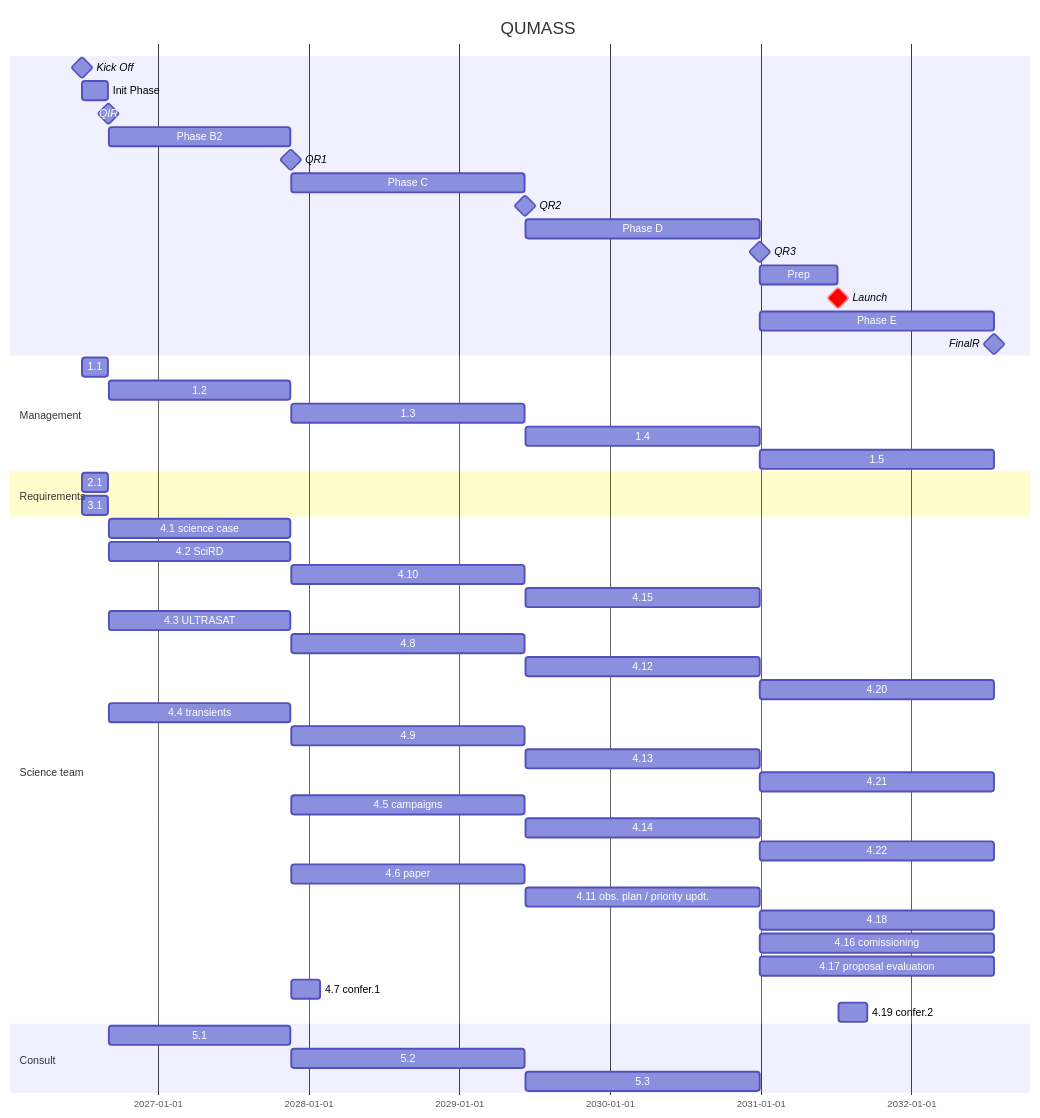
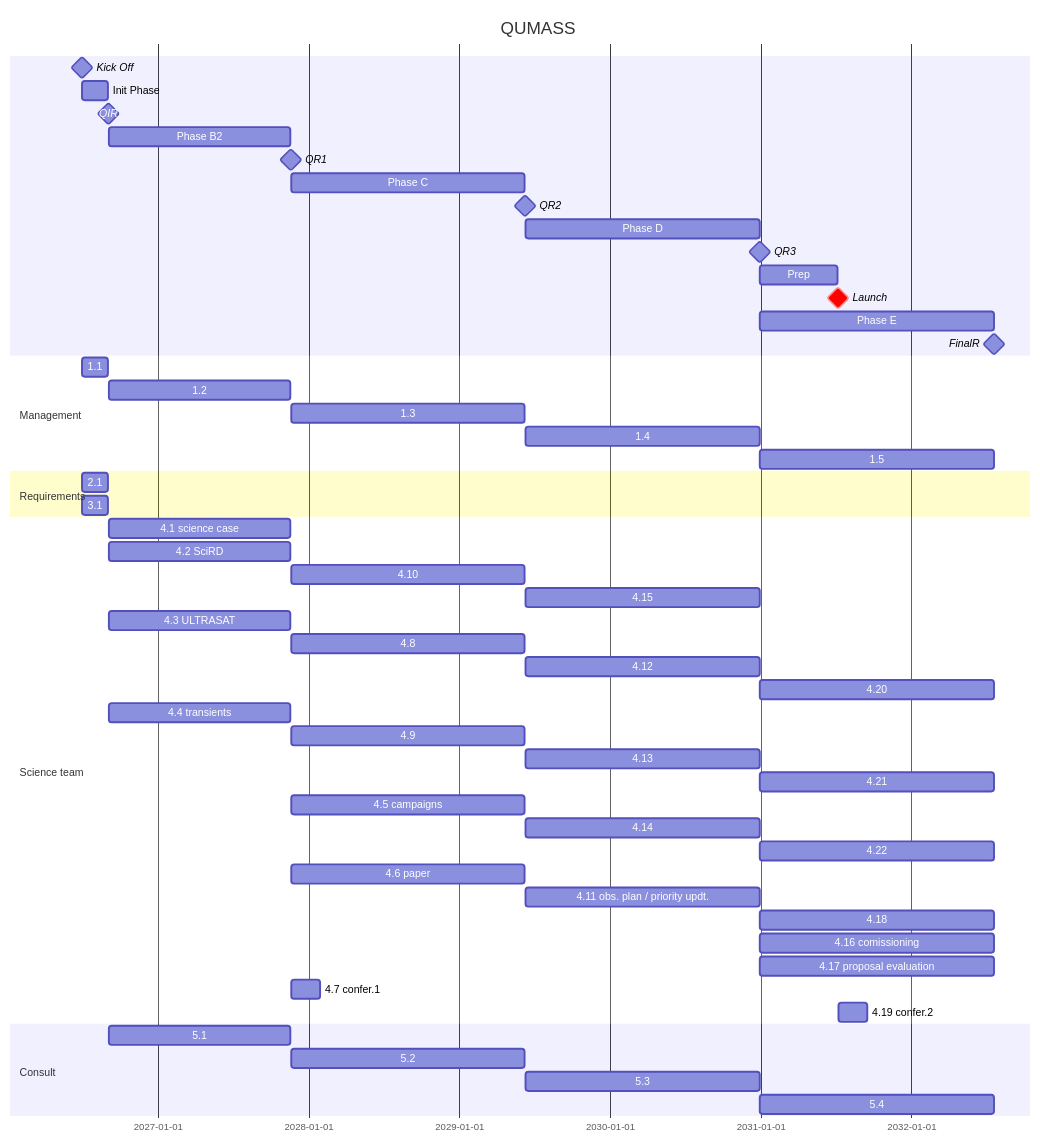
One commit to limu007/quvik changed the diagram in calib/Science.md. Above: the diagram before and after it, drawn with Mermaid.

````diff
--- a/calib/Science.md
+++ b/calib/Science.md
@@ -1,56 +1,57 @@
 ```mermaid
 gantt
     title QUMASS
     dateFormat  YYYY-MM-DD
     Kick Off : milestone, ko, 2026-07-01, 1d
     Init Phase : b1, after ko, 9w
     QIR : milestone, ir, after b1, 1d
     Phase B2 : b2, after ir, 63w
     QR1 : milestone, pdr, after b2, 1d
     Phase C : c1, after pdr, 81w
     QR2 : milestone, cdr, after c1, 1d
     Phase D : d1, after cdr, 81w
     QR3 : milestone, far, after d1, 1d
     Prep : prep, after far, 27w
     Launch : crit, milestone, frr, after prep, 1d
     Phase E : e1, after far, 81w
     FinalR : milestone, fr, after e1, 1d
 
     section Management
     1.1 : after ko, until ir
     1.2 : after ir, until pdr
     1.3 : after pdr, until cdr
     1.4 : after cdr, until far
     1.5 : after far, until fr
     section Requirements
     2.1 : after ko, until ir
     3.1 : after ko, until ir
     section Science team
     4.1 science case : after ir, until pdr
     4.2 SciRD : after ir, until pdr
     4.10 : after pdr, until cdr
     4.15 : after cdr, until far
     4.3 ULTRASAT : after ir, until pdr
     4.8 : after pdr, until cdr
     4.12 : after cdr, until far
     4.20 : after far, until fr
     4.4 transients : after ir, until pdr
     4.9 : after pdr, until cdr
     4.13 : after cdr, until far
     4.21 : after far, until fr
     4.5 campaigns : after pdr, until cdr
     4.14 : after cdr, until far
     4.22 : after far, until fr
     4.6 paper : after pdr, until cdr
     4.11 obs. plan / priority updt. : after cdr, until far
     4.18 : after far, until fr
     4.16 comissioning : after far, until fr
     4.17 proposal evaluation : after far, until fr
     4.7 confer.1 : after pdr, 10w
     4.19 confer.2 : after frr, 10w
     section Consult
     5.1 : after ir, until pdr
     5.2 : after pdr, until cdr
     5.3 : after cdr, until far
+    5.4 : after far, until fr
     
 ```
````
